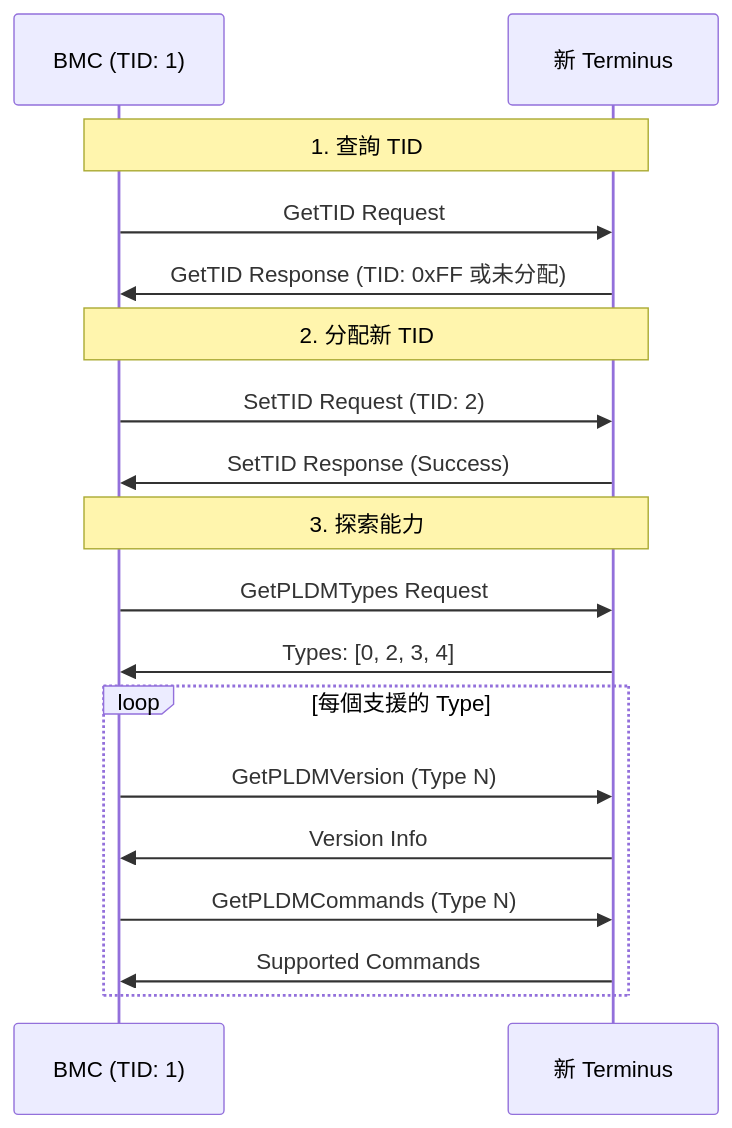
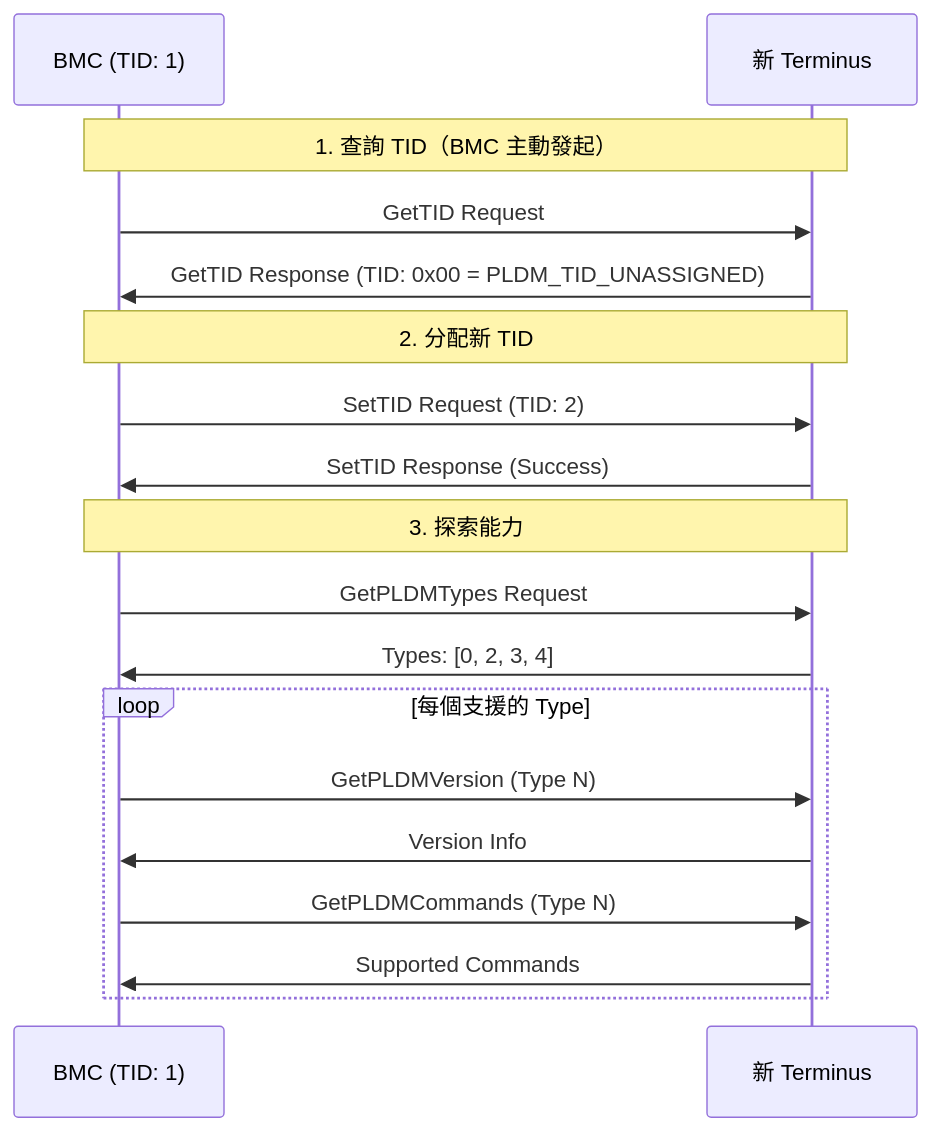
One commit to chilung-cgu/bmc-firmware-knowledge-base changed the diagram in pldm/TypeBase.md. Above: the diagram before and after it, drawn with Mermaid. The commit also changed other lines of this file and 6 other files, not shown here.

````diff
--- a/pldm/TypeBase.md
+++ b/pldm/TypeBase.md
@@ -185,24 +185,24 @@
 ```mermaid
 sequenceDiagram
     participant BMC as BMC (TID: 1)
     participant New as 新 Terminus
 
-    Note over BMC,New: 1. 查詢 TID
+    Note over BMC,New: 1. 查詢 TID（BMC 主動發起）
     BMC->>New: GetTID Request
-    New->>BMC: GetTID Response (TID: 0xFF 或未分配)
+    New->>BMC: GetTID Response (TID: 0x00 = PLDM_TID_UNASSIGNED)
 
     Note over BMC,New: 2. 分配新 TID
     BMC->>New: SetTID Request (TID: 2)
     New->>BMC: SetTID Response (Success)
 
     Note over BMC,New: 3. 探索能力
     BMC->>New: GetPLDMTypes Request
     New->>BMC: Types: [0, 2, 3, 4]
 
     loop 每個支援的 Type
         BMC->>New: GetPLDMVersion (Type N)
         New->>BMC: Version Info
         BMC->>New: GetPLDMCommands (Type N)
         New->>BMC: Supported Commands
     end
 ```
````
